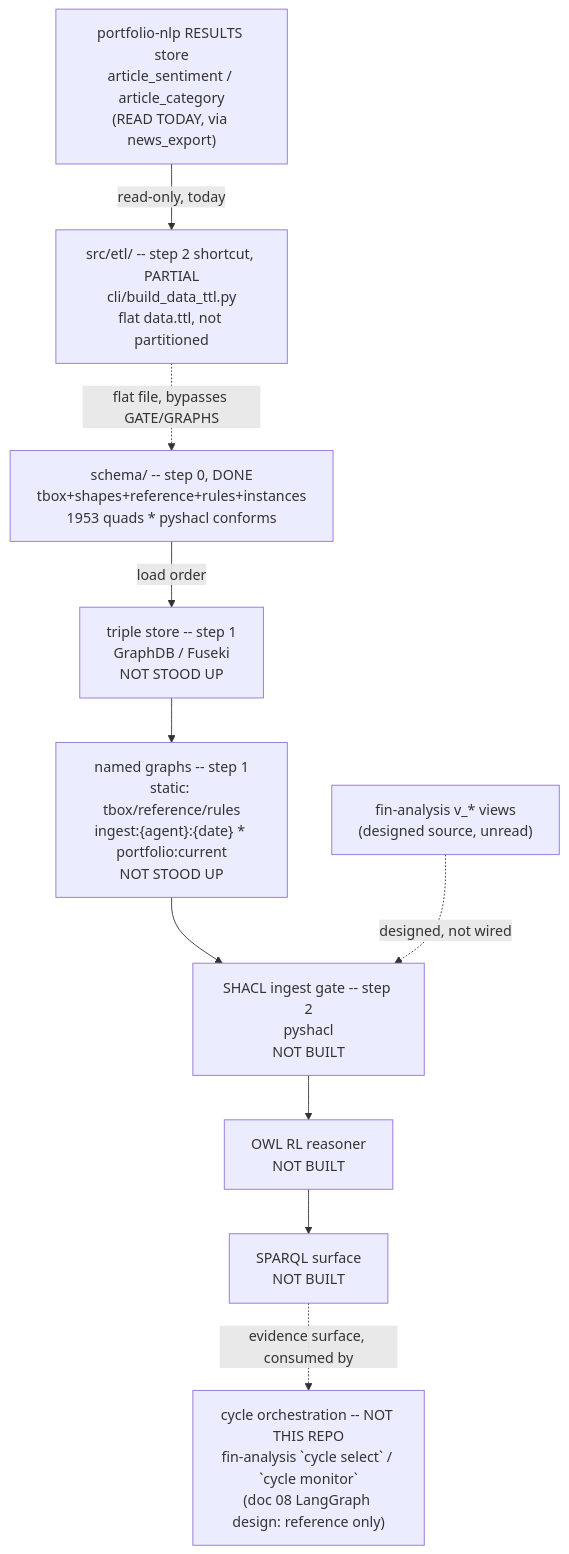
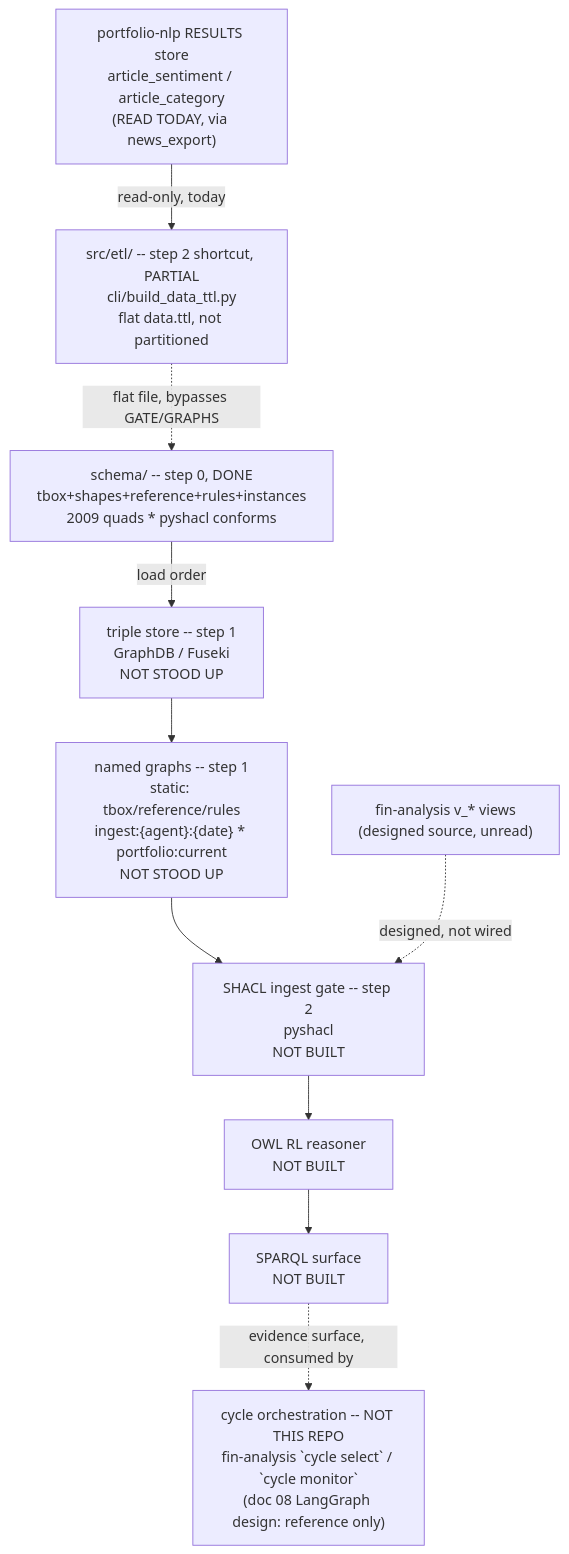
The diagram in .specify/memory/SPEC.md (gamug/portfolio-knowledge-graph), drawn with Mermaid before and after one commit. The commit also changed other lines of this file and 9 other files, not shown here.

Commit message:
feat(schema): model upstream run provenance on ScoreSnapshot (T-106)

````diff
--- a/.specify/memory/SPEC.md
+++ b/.specify/memory/SPEC.md
@@ -298,20 +298,20 @@
 ```mermaid
 flowchart TB
-    SCHEMA["schema/ -- step 0, DONE<br/>tbox+shapes+reference+rules+instances<br/>1953 quads * pyshacl conforms"]
+    SCHEMA["schema/ -- step 0, DONE<br/>tbox+shapes+reference+rules+instances<br/>2009 quads * pyshacl conforms"]
     STORE["triple store -- step 1<br/>GraphDB / Fuseki<br/>NOT STOOD UP"]
     GRAPHS["named graphs -- step 1<br/>static: tbox/reference/rules<br/>ingest:{agent}:{date} * portfolio:current<br/>NOT STOOD UP"]
     GATE["SHACL ingest gate -- step 2<br/>pyshacl<br/>NOT BUILT"]
     FIN["fin-analysis v_* views<br/>(designed source, unread)"]
     NLPRES["portfolio-nlp RESULTS store<br/>article_sentiment / article_category<br/>(READ TODAY, via news_export)"]
     ETL["src/etl/ -- step 2 shortcut, PARTIAL<br/>cli/build_data_ttl.py<br/>flat data.ttl, not partitioned"]
     REASON["OWL RL reasoner<br/>NOT BUILT"]
     SPARQL["SPARQL surface<br/>NOT BUILT"]
     AGENTS["cycle orchestration -- NOT THIS REPO<br/>fin-analysis `cycle select` / `cycle monitor`<br/>(doc 08 LangGraph design: reference only)"]
 
     SCHEMA -->|load order| STORE --> GRAPHS --> GATE
     FIN -.->|designed, not wired| GATE
     NLPRES -->|read-only, today| ETL
     ETL -.->|flat file, bypasses GATE/GRAPHS| SCHEMA
     GATE --> REASON --> SPARQL
     SPARQL -.->|evidence surface, consumed by| AGENTS
 ```
````
